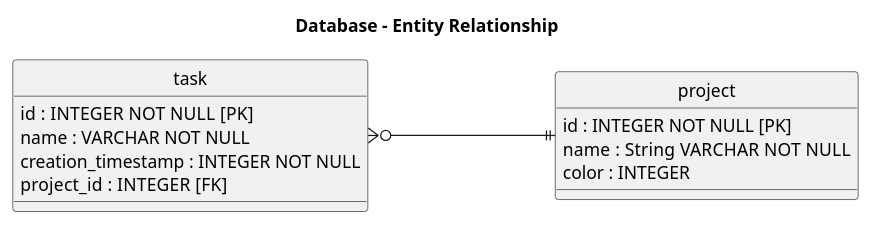
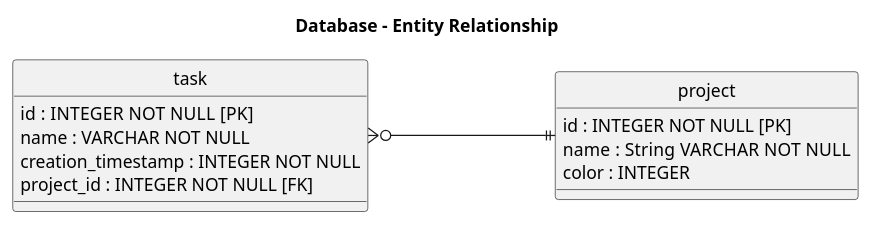
One commit to sitatec/Todoc changed the diagram in app/src/uml/database/database_model.puml. Above: the diagram before and after it, drawn with PlantUML. The commit also changed 6 other files, not shown here.

```diff
--- a/app/src/uml/database/database_model.puml
+++ b/app/src/uml/database/database_model.puml
@@ -1,23 +1,23 @@
 @startuml
 
     title "Database - Entity Relationship"
 
     skinparam nodesep 150
     hide circle
 
     entity task {
         id : INTEGER NOT NULL  [PK]
         name : VARCHAR NOT NULL
         creation_timestamp : INTEGER NOT NULL
-        project_id : INTEGER  [FK]
+        project_id : INTEGER NOT NULL [FK]
     }
 
     entity project {
         id : INTEGER NOT NULL [PK]
         name : String  VARCHAR NOT NULL
         color : INTEGER
     }
 
     task }o-|| project
 
 @enduml
```
